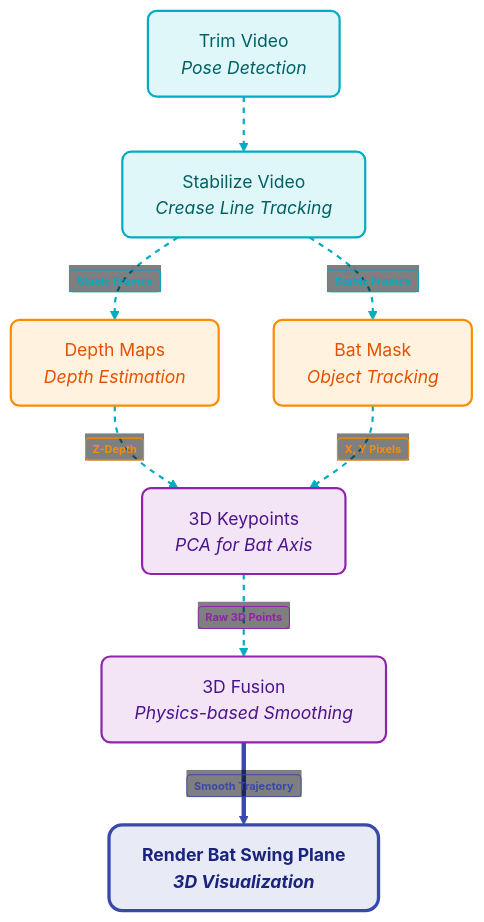
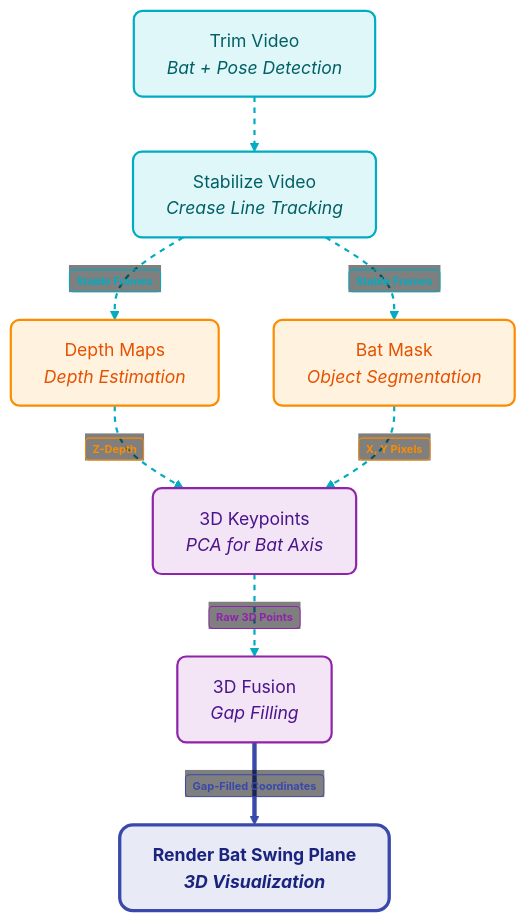
The seventh of 9 diagrams in pipeline_diagrams.md (adnanmsk/blog_privew), drawn with Mermaid before and after one commit. The commit also changed other lines of this file, not shown here.

Commit message:
Update terminology in pipeline diagrams to match Option 13

````diff
--- a/pipeline_diagrams.md
+++ b/pipeline_diagrams.md
@@ -152,19 +152,19 @@
 ```mermaid
 %%{init: {'theme': 'base', 'themeVariables': { 'edgeLabelBackground':'transparent' }}}%%
 flowchart TD
     classDef prep fill:#e0f7fa,stroke:#00acc1,stroke-width:2px,color:#006064,rx:8px,ry:8px
     classDef infer fill:#fff3e0,stroke:#fb8c00,stroke-width:2px,color:#e65100,rx:8px,ry:8px
     classDef phys fill:#f3e5f5,stroke:#8e24aa,stroke-width:2px,color:#4a148c,rx:8px,ry:8px
     classDef out fill:#e8eaf6,stroke:#3949ab,stroke-width:3px,color:#1a237e,rx:12px,ry:12px,font-weight:bold
 
-    T["Trim Video<br><i>Pose Detection</i>"]:::prep --> S["Stabilize Video<br><i>Crease Line Tracking</i>"]:::prep
+    T["Trim Video<br><i>Bat + Pose Detection</i>"]:::prep --> S["Stabilize Video<br><i>Crease Line Tracking</i>"]:::prep
     S -- "<span style='background:transparent !important; border:1.5px solid #00acc1 !important; color:#00acc1 !important; padding:2px 6px; border-radius:4px; font-size:10px; font-weight:bold; display:inline-block;'>Stable Frames</span>" --> D["Depth Maps<br><i>Depth Estimation</i>"]:::infer
-    S -- "<span style='background:transparent !important; border:1.5px solid #00acc1 !important; color:#00acc1 !important; padding:2px 6px; border-radius:4px; font-size:10px; font-weight:bold; display:inline-block;'>Stable Frames</span>" --> Seg["Bat Mask<br><i>Object Tracking</i>"]:::infer
+    S -- "<span style='background:transparent !important; border:1.5px solid #00acc1 !important; color:#00acc1 !important; padding:2px 6px; border-radius:4px; font-size:10px; font-weight:bold; display:inline-block;'>Stable Frames</span>" --> Seg["Bat Mask<br><i>Object Segmentation</i>"]:::infer
     D -- "<span style='background:transparent !important; border:1.5px solid #fb8c00 !important; color:#fb8c00 !important; padding:2px 6px; border-radius:4px; font-size:10px; font-weight:bold; display:inline-block;'>Z-Depth</span>" --> K["3D Keypoints<br><i>PCA for Bat Axis</i>"]:::phys
     Seg -- "<span style='background:transparent !important; border:1.5px solid #fb8c00 !important; color:#fb8c00 !important; padding:2px 6px; border-radius:4px; font-size:10px; font-weight:bold; display:inline-block;'>X, Y Pixels</span>" --> K
-    K -- "<span style='background:transparent !important; border:1.5px solid #8e24aa !important; color:#8e24aa !important; padding:2px 6px; border-radius:4px; font-size:10px; font-weight:bold; display:inline-block;'>Raw 3D Points</span>" --> F["3D Fusion<br><i>Physics-based Smoothing</i>"]:::phys
-    F -- "<span style='background:transparent !important; border:1.5px solid #3949ab !important; color:#3949ab !important; padding:2px 6px; border-radius:4px; font-size:10px; font-weight:bold; display:inline-block;'>Smooth Trajectory</span>" --> R["Render Bat Swing Plane<br><i>3D Visualization</i>"]:::out
+    K -- "<span style='background:transparent !important; border:1.5px solid #8e24aa !important; color:#8e24aa !important; padding:2px 6px; border-radius:4px; font-size:10px; font-weight:bold; display:inline-block;'>Raw 3D Points</span>" --> F["3D Fusion<br><i>Gap Filling</i>"]:::phys
+    F -- "<span style='background:transparent !important; border:1.5px solid #3949ab !important; color:#3949ab !important; padding:2px 6px; border-radius:4px; font-size:10px; font-weight:bold; display:inline-block;'>Gap-Filled Coordinates</span>" --> R["Render Bat Swing Plane<br><i>3D Visualization</i>"]:::out
 
     linkStyle 0,1,2,3,4,5 stroke:#00acc1,stroke-width:2px,stroke-dasharray: 5 5
     linkStyle 6 stroke:#3949ab,stroke-width:4px
 ```
````
